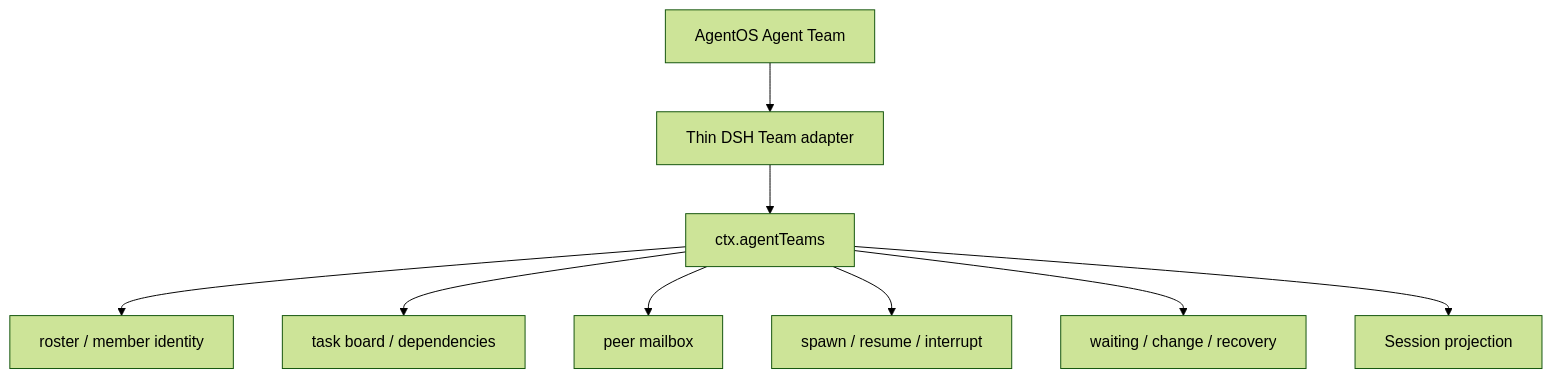
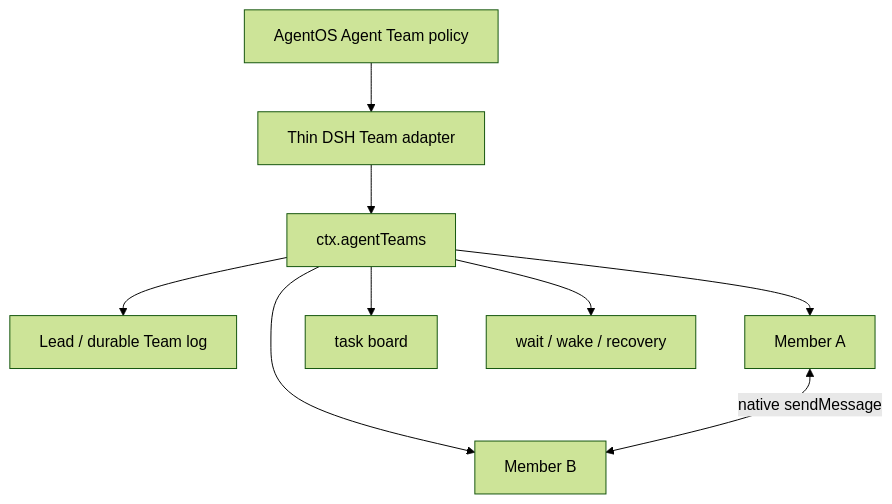
One commit to tsuuanmi/AgentOS changed the first of 2 diagrams in docs/architecture/plugins/dsh/agent-team.md. Above: the diagram before and after it, drawn with Mermaid (forest theme). The commit also changed other lines of this file and 41 other files, not shown here.

First line of the commit message:
docs: consolidate Worker-first MVP architecture

```diff
--- a/docs/architecture/plugins/dsh/agent-team.md
+++ b/docs/architecture/plugins/dsh/agent-team.md
@@ -12,21 +52,21 @@
 ~~~mermaid
 flowchart TB
-    AgentTeam[AgentOS Agent Team]
+    Policy[AgentOS Agent Team policy]
     Adapter[Thin DSH Team adapter]
     DSH[ctx.agentTeams]
 
-    Roster[roster / member identity]
-    Tasks[task board / dependencies]
-    Mailbox[peer mailbox]
-    Lifecycle[spawn / resume / interrupt]
-    Recovery[waiting / change / recovery]
-    Session[Session projection]
+    Lead[Lead / durable Team log]
+    A[Member A]
+    B[Member B]
+    Tasks[task board]
+    Recovery[wait / wake / recovery]
 
-    AgentTeam --> Adapter --> DSH
-    DSH --> Roster
+    Policy --> Adapter --> DSH
+    DSH --> Lead
+    DSH --> A
+    DSH --> B
     DSH --> Tasks
-    DSH --> Mailbox
-    DSH --> Lifecycle
     DSH --> Recovery
-    DSH --> Session
+
+    A <-->|native sendMessage| B
 ~~~
```
